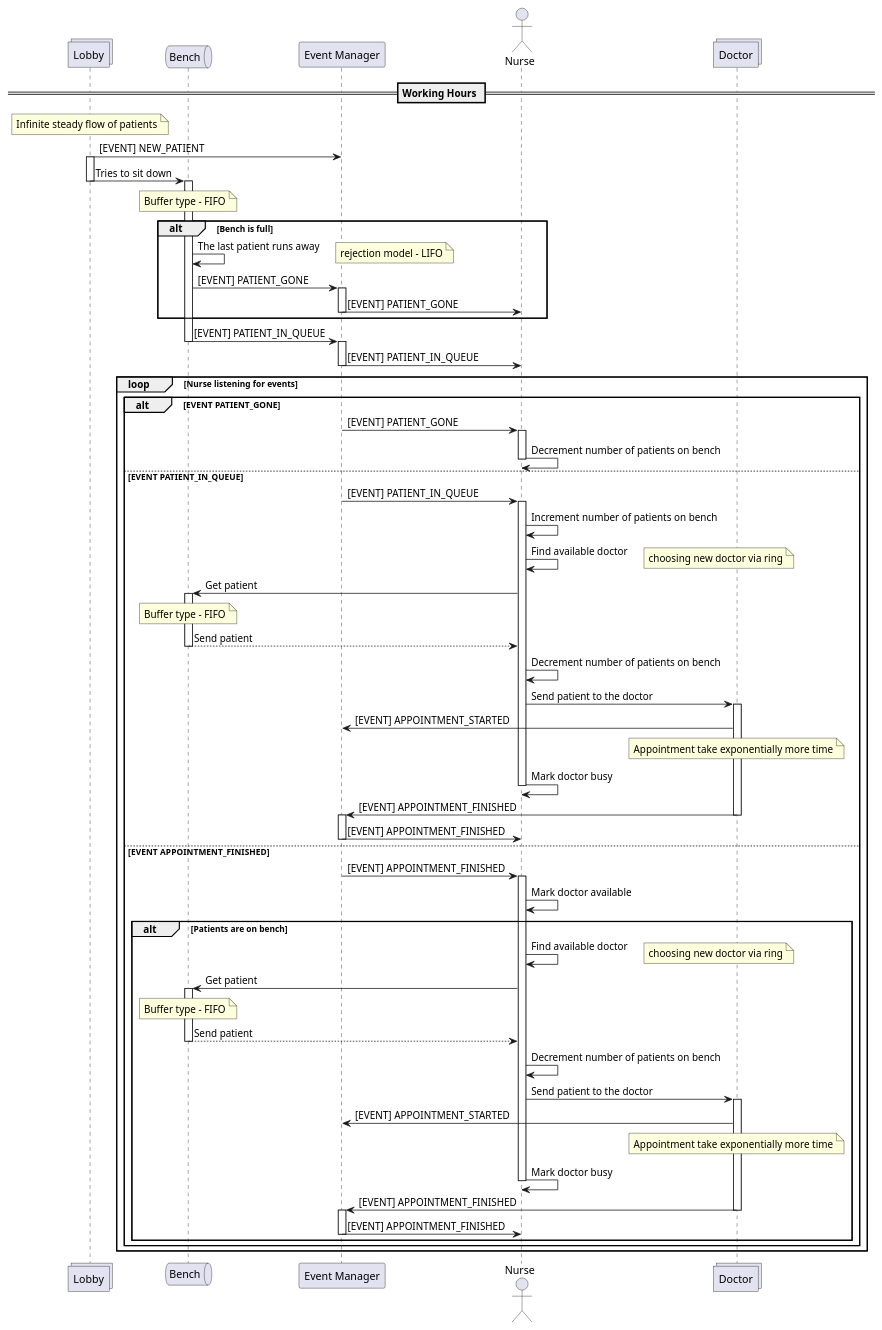
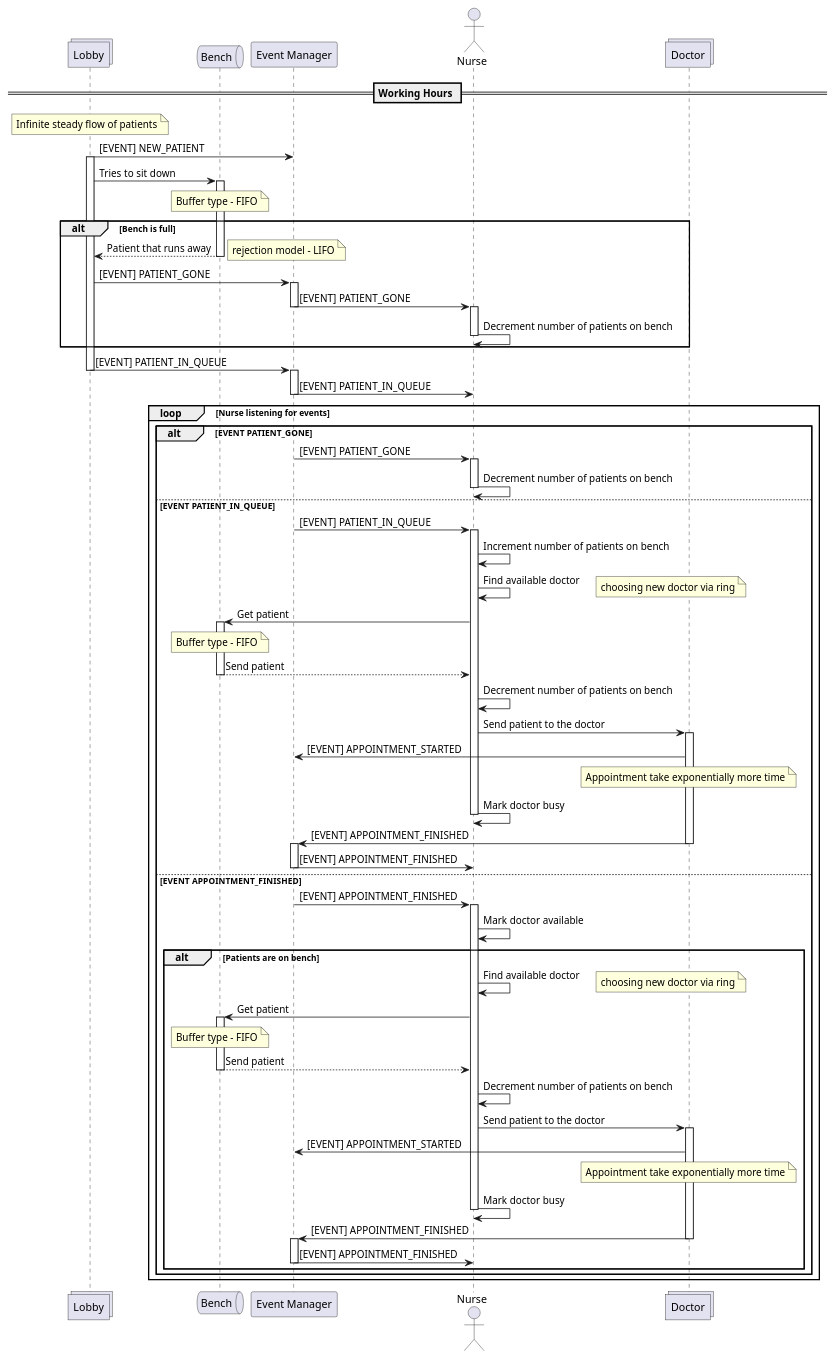
Before and after one commit to Coding-Seal/arch-model: the diagram in arch/sequence_v2.puml, drawn with PlantUML. The commit also changed 9 other files, not shown here.

```diff
--- a/arch/sequence_v2.puml
+++ b/arch/sequence_v2.puml
@@ -1,102 +1,103 @@
 @startuml Sequence
 
 collections "Lobby" as lobby
 queue "Bench" as bench
 participant  "Event Manager" as eventManager
 actor "Nurse" as nurse
 collections "Doctor" as doctor
 
 
 == Working Hours ==
 note over lobby: Infinite steady flow of patients
-
 lobby -> eventManager : [EVENT] NEW_PATIENT
 activate lobby
 lobby -> bench : Tries to sit down
-deactivate lobby
 activate bench
 note over bench : Buffer type - FIFO
 
 alt Bench is full
-    bench -> bench : The last patient runs away
+    bench --> lobby : Patient that runs away
     note right : rejection model - LIFO
-    bench -> eventManager : [EVENT] PATIENT_GONE
+    deactivate bench
+    lobby -> eventManager : [EVENT] PATIENT_GONE
     activate eventManager
     eventManager -> nurse : [EVENT] PATIENT_GONE
     deactivate eventManager
+    activate nurse
+    nurse -> nurse : Decrement number of patients on bench
+    deactivate nurse
 end
 
-
-bench -> eventManager : [EVENT] PATIENT_IN_QUEUE
-deactivate bench
+lobby -> eventManager : [EVENT] PATIENT_IN_QUEUE
+deactivate lobby
 
 activate eventManager
 eventManager -> nurse : [EVENT] PATIENT_IN_QUEUE
 deactivate eventManager
 
 loop Nurse listening for events
     alt EVENT PATIENT_GONE
         eventManager -> nurse : [EVENT] PATIENT_GONE
         activate nurse
         nurse -> nurse : Decrement number of patients on bench
         deactivate nurse
     else EVENT PATIENT_IN_QUEUE
         eventManager -> nurse : [EVENT] PATIENT_IN_QUEUE
         activate nurse
         nurse -> nurse : Increment number of patients on bench
         nurse -> nurse : Find available doctor
         note right: choosing new doctor via ring
 
         nurse -> bench : Get patient
         activate bench
         note over bench : Buffer type - FIFO
         bench --> nurse : Send patient
         deactivate bench
         nurse -> nurse : Decrement number of patients on bench
 
         nurse -> doctor : Send patient to the doctor
         activate doctor
         doctor -> eventManager : [EVENT] APPOINTMENT_STARTED
         note over doctor: Appointment take exponentially more time
         nurse -> nurse : Mark doctor busy
         deactivate nurse
         deactivate nurse
         doctor -> eventManager : [EVENT] APPOINTMENT_FINISHED
         deactivate doctor
 
         activate eventManager
         eventManager-> nurse : [EVENT] APPOINTMENT_FINISHED
         deactivate eventManager
     else EVENT  APPOINTMENT_FINISHED
         eventManager-> nurse : [EVENT] APPOINTMENT_FINISHED
         activate nurse
         nurse -> nurse : Mark doctor available
 
         alt Patients are on bench
             nurse -> nurse : Find available doctor
             note right: choosing new doctor via ring
 
             nurse -> bench : Get patient
             activate bench
             note over bench : Buffer type - FIFO
             bench --> nurse : Send patient
             deactivate bench
             nurse -> nurse : Decrement number of patients on bench
 
             nurse -> doctor : Send patient to the doctor
             activate doctor
             doctor -> eventManager : [EVENT] APPOINTMENT_STARTED
             note over doctor: Appointment take exponentially more time
             nurse -> nurse : Mark doctor busy
             deactivate nurse
 
             doctor -> eventManager : [EVENT] APPOINTMENT_FINISHED
             deactivate doctor
             activate eventManager
             eventManager-> nurse : [EVENT] APPOINTMENT_FINISHED
             deactivate eventManager
         end
         deactivate nurse
     end
 end
 @enduml
```
